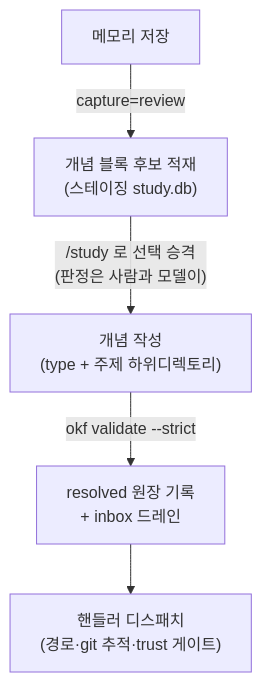
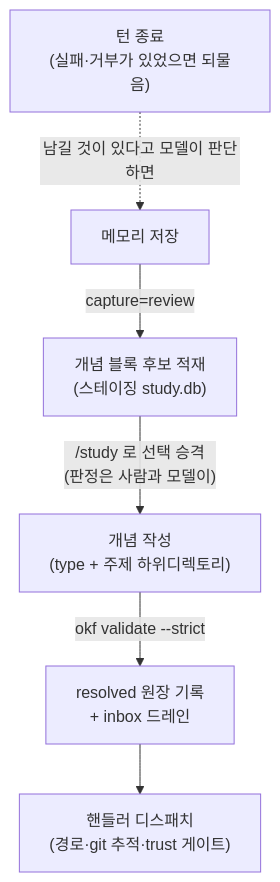
Before and after one commit to pmmm114/okf-wiki-plugin: the diagram in docs/adopting-study.md, drawn with Mermaid. The commit also changed other lines of this file and 5 other files, not shown here.

````diff
--- a/docs/adopting-study.md
+++ b/docs/adopting-study.md
@@ -63,7 +63,8 @@
 ```mermaid
 flowchart TD
+    F["턴 종료<br/>(실패·거부가 있었으면 되물음)"] -.->|"남길 것이 있다고 모델이 판단하면"| A
     A["메모리 저장"] -->|"capture=review"| B["개념 블록 후보 적재<br/>(스테이징 study.db)"]
     B -->|"/study 로 선택 승격<br/>(판정은 사람과 모델이)"| C["개념 작성<br/>(type + 주제 하위디렉토리)"]
     C -->|"okf validate --strict"| D["resolved 원장 기록<br/>+ inbox 드레인"]
     D --> E["핸들러 디스패치<br/>(경로·git 추적·trust 게이트)"]
 ```
````
